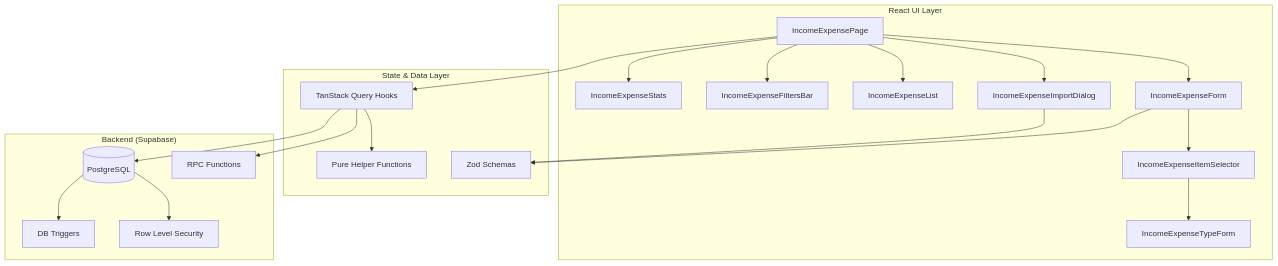
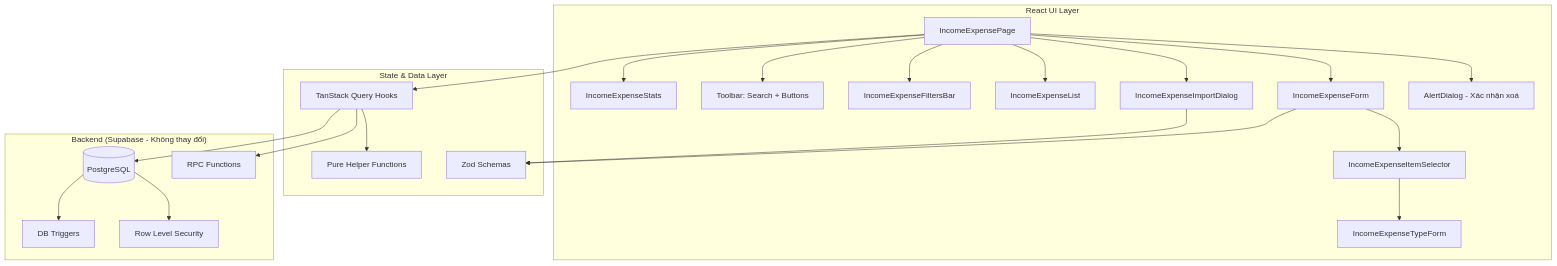
The first of 4 diagrams in .kiro/specs/thu-chi-reimplementation/design.md (zxGreenxz/whiteboard-ihomecrm), drawn with Mermaid before and after one commit. The commit also changed other lines of this file and 8 other files, not shown here.

````diff
--- a/.kiro/specs/thu-chi-reimplementation/design.md
+++ b/.kiro/specs/thu-chi-reimplementation/design.md
@@ -20,44 +21,48 @@
 ```mermaid
 graph TB
     subgraph "React UI Layer"
         Page[IncomeExpensePage]
         Stats[IncomeExpenseStats]
+        Toolbar[Toolbar: Search + Buttons]
         Filters[IncomeExpenseFiltersBar]
         List[IncomeExpenseList]
         Form[IncomeExpenseForm]
         ItemSelector[IncomeExpenseItemSelector]
         ImportDialog[IncomeExpenseImportDialog]
         TypeForm[IncomeExpenseTypeForm]
+        DeleteDialog[AlertDialog - Xác nhận xoá]
     end
 
     subgraph "State & Data Layer"
         Hooks[TanStack Query Hooks]
         Helpers[Pure Helper Functions]
         Validation[Zod Schemas]
     end
 
-    subgraph "Backend (Supabase)"
+    subgraph "Backend (Supabase - Không thay đổi)"
         DB[(PostgreSQL)]
         Triggers[DB Triggers]
         RPC[RPC Functions]
         RLS[Row Level Security]
     end
 
     Page --> Stats
+    Page --> Toolbar
     Page --> Filters
     Page --> List
     Page --> Form
     Page --> ImportDialog
+    Page --> DeleteDialog
     Form --> ItemSelector
     ItemSelector --> TypeForm
 
     Page --> Hooks
     Hooks --> DB
     Hooks --> RPC
     Form --> Validation
     ImportDialog --> Validation
     Hooks --> Helpers
 
     DB --> Triggers
     DB --> RLS
 ```
````
